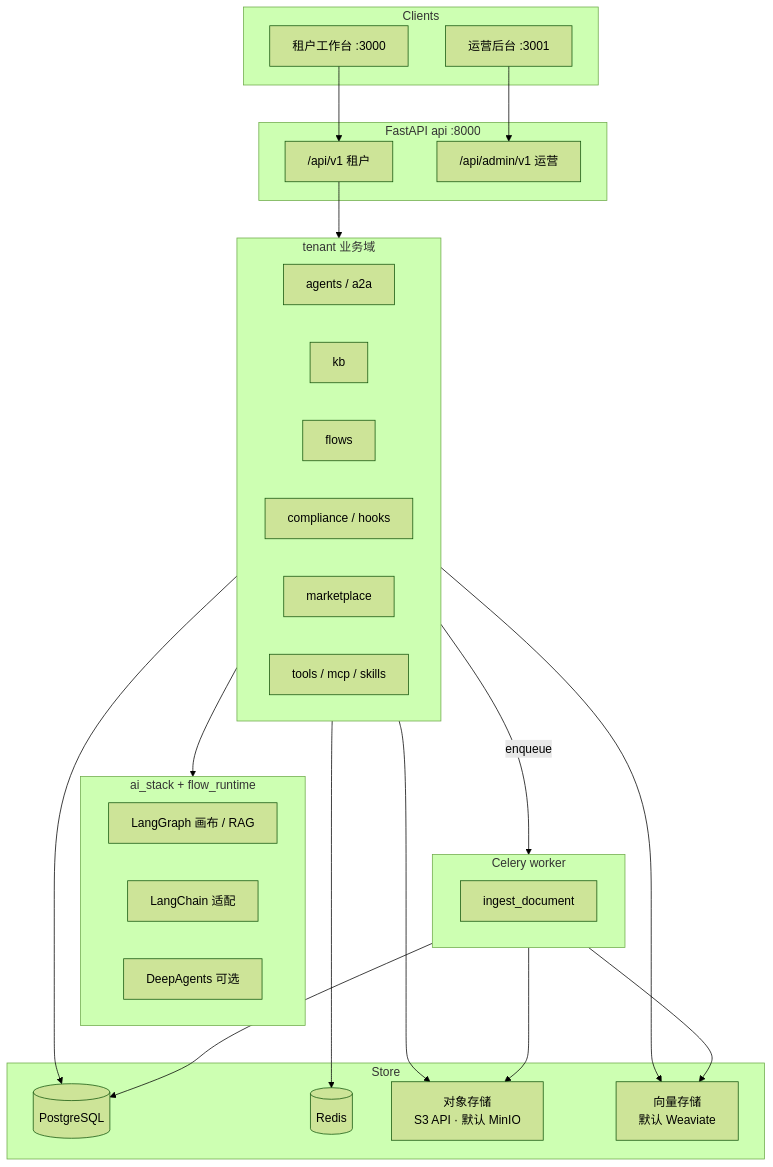
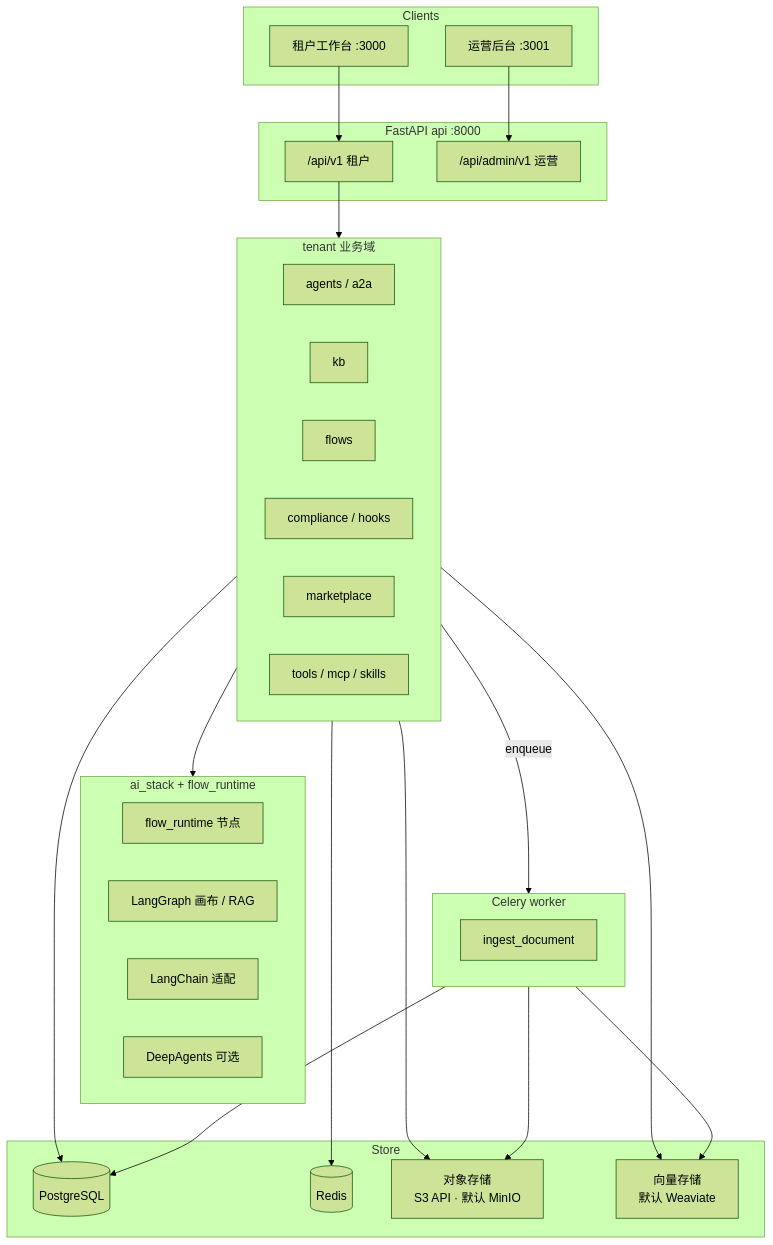
One commit to miles-ai-saas/MilesAi changed the first of 3 diagrams in docs/architecture/technical-design.md. Above: the diagram before and after it, drawn with Mermaid (forest theme). The commit also changed other lines of this file and 16 other files, not shown here.

First line of the commit message:
refactor(flow_runtime): 移除 external_flow_id，完善知识库删除编排

````diff
--- a/docs/architecture/technical-design.md
+++ b/docs/architecture/technical-design.md
@@ -58,51 +58,52 @@
 ```mermaid
 flowchart TB
     subgraph Clients
         WEB[租户工作台 :3000]
         ADM[运营后台 :3001]
     end
 
     subgraph API["FastAPI api :8000"]
         V1["/api/v1 租户"]
         ADM_API["/api/admin/v1 运营"]
     end
 
     subgraph BL["tenant 业务域"]
         AGT[agents / a2a]
         KB[kb]
         FLW[flows]
         CMP[compliance / hooks]
         MKT[marketplace]
         TOOL[tools / mcp / skills]
     end
 
     subgraph AI["ai_stack + flow_runtime"]
+        FR[flow_runtime 节点]
         LG[LangGraph 画布 / RAG]
         LC[LangChain 适配]
         DA[DeepAgents 可选]
     end
 
     subgraph Worker["Celery worker"]
         ING[ingest_document]
     end
 
     subgraph Store
         PG[(PostgreSQL)]
         RD[(Redis)]
         OBJ["对象存储<br/>S3 API · 默认 MinIO"]
         VEC["向量存储<br/>默认 Weaviate"]
     end
 
     WEB --> V1
     ADM --> ADM_API
     V1 --> BL
     BL --> AI
     BL --> PG
     BL --> RD
     BL --> OBJ
     BL --> VEC
     BL -->|enqueue| Worker
     Worker --> OBJ
     Worker --> VEC
     Worker --> PG
 ```
````
